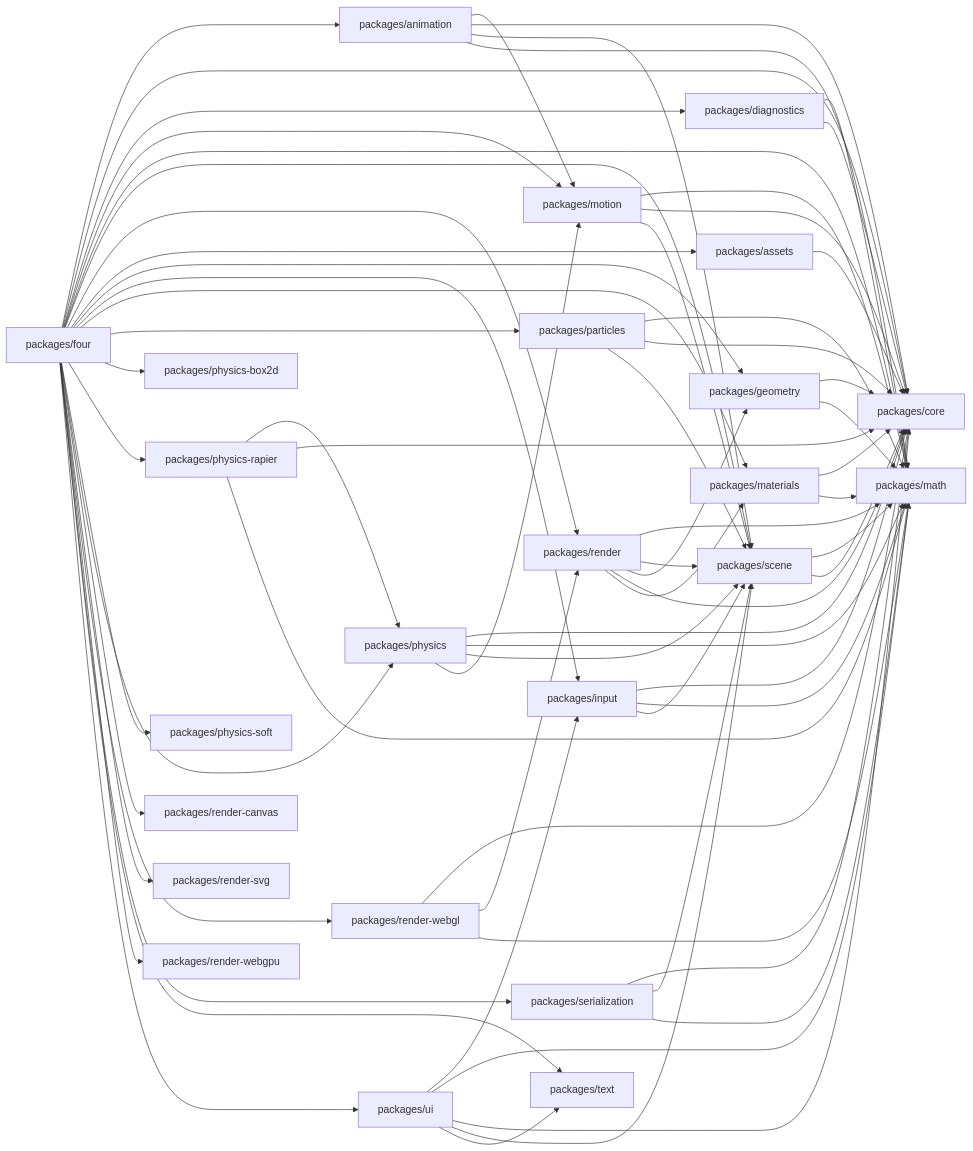
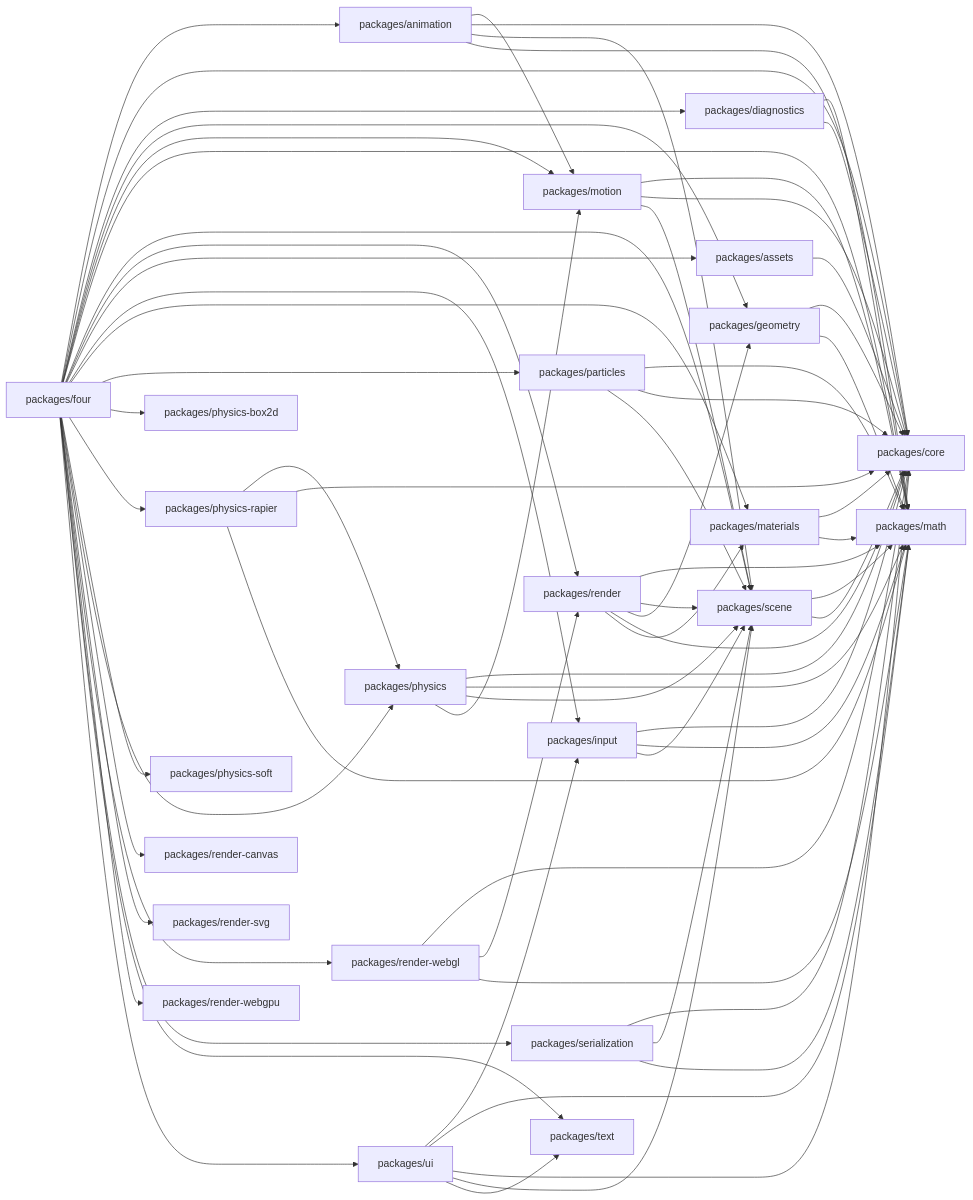
The first of 2 diagrams in docs/Architecture/DEPENDENCY_GRAPH.md (danielsimonjr/four.js), drawn with Mermaid before and after one commit. The commit also changed other lines of this file and 30 other files, not shown here.

```diff
--- a/docs/Architecture/DEPENDENCY_GRAPH.md
+++ b/docs/Architecture/DEPENDENCY_GRAPH.md
@@ -141,12 +141,12 @@
     P4 --> P0
     P4 --> P2
     P4 --> P3
+    P4 --> P5
     P4 --> P9
     P4 --> P8
     P4 --> P20
     P4 --> P15
     P4 --> P1
-    P4 --> P5
     P4 --> P6
     P4 --> P7
     P4 --> P10
```
